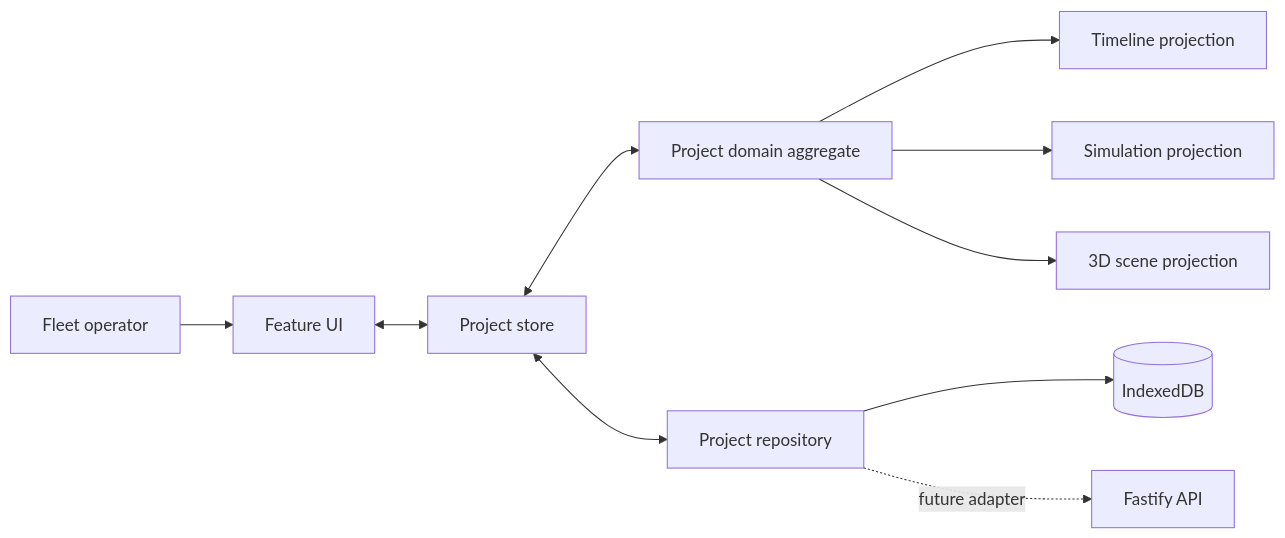
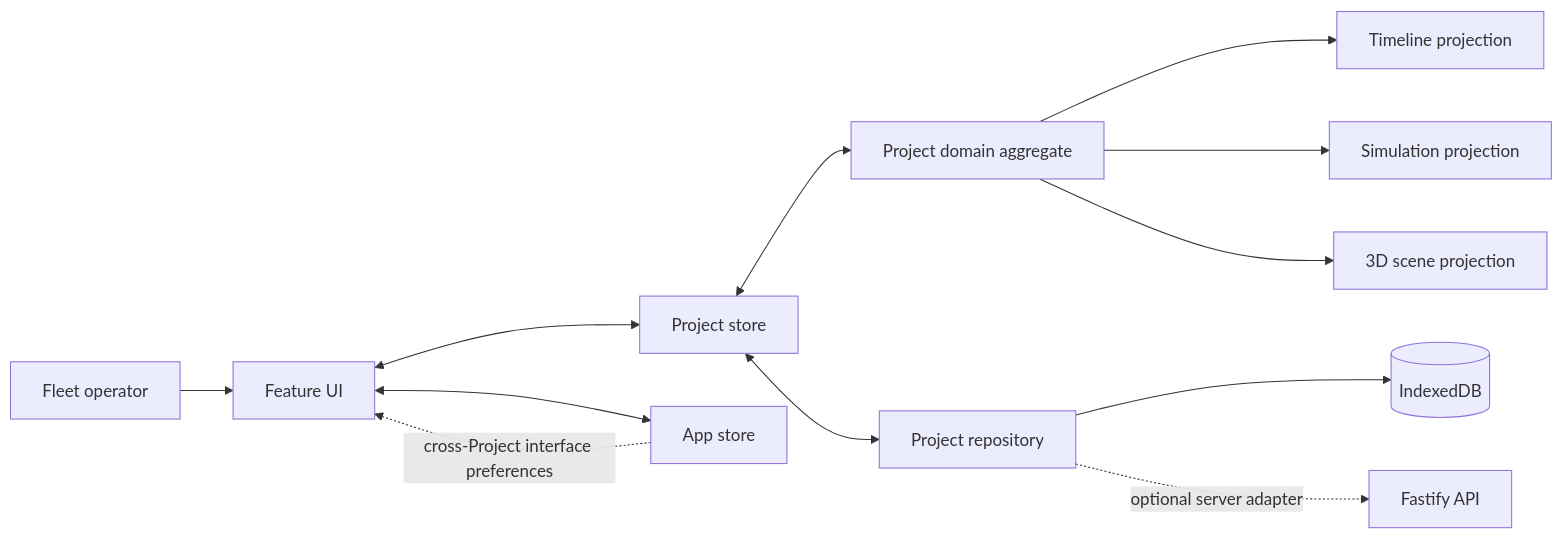
The diagram in docs/tech/architecture.md (The-Sims-Digipen/Fleet-Project), drawn with Mermaid before and after one commit. The commit also changed other lines of this file and 28 other files, not shown here.

````diff
--- a/docs/tech/architecture.md
+++ b/docs/tech/architecture.md
@@ -19,12 +19,14 @@
 ```mermaid
 flowchart LR
   Operator[Fleet operator] --> UI[Feature UI]
   UI <--> Store[Project store]
+  UI <--> AppState[App store]
+  AppState -. cross-Project interface preferences .-> UI
   Store <--> Project[Project domain aggregate]
   Project --> Timeline[Timeline projection]
   Project --> Simulation[Simulation projection]
   Project --> Scene[3D scene projection]
   Store <--> Repo[Project repository]
   Repo --> IDB[(IndexedDB)]
-  Repo -. future adapter .-> API[Fastify API]
+  Repo -. optional server adapter .-> API[Fastify API]
 ```
````
